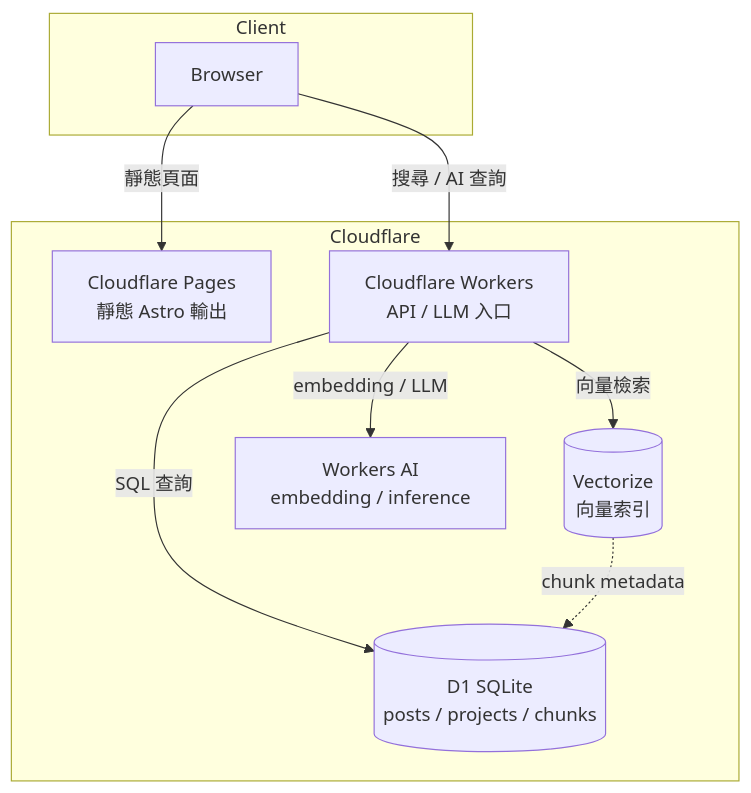
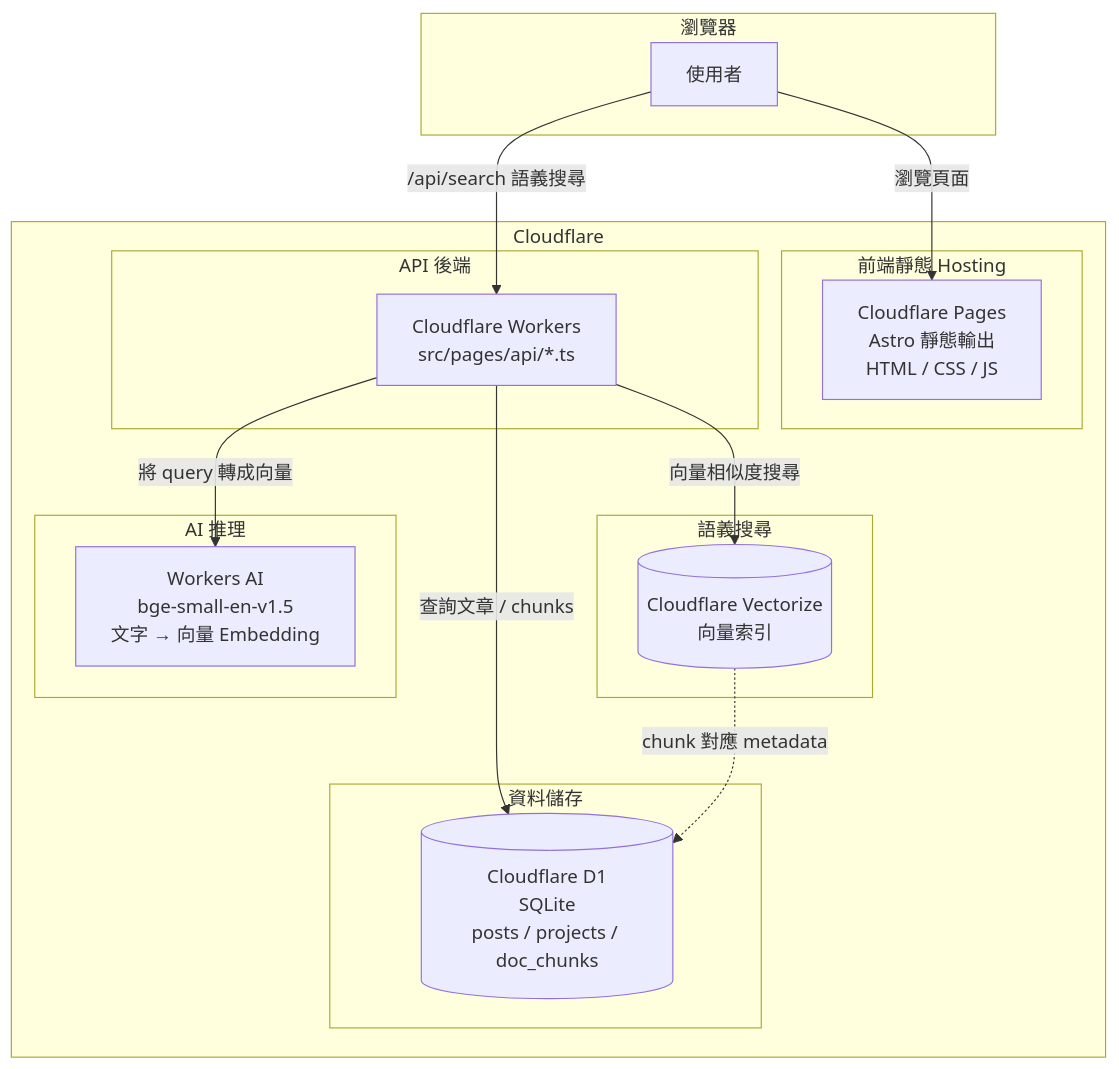
One commit to a920604a/engineernews changed the first of 3 diagrams in docs/architecture.md. Above: the diagram before and after it, drawn with Mermaid. The commit also changed other lines of this file and 2 other files, not shown here.

````diff
--- a/docs/architecture.md
+++ b/docs/architecture.md
@@ -15,21 +15,35 @@
 ```mermaid
 graph TD
-  subgraph Client
-    Browser
+  subgraph Client[瀏覽器]
+    Browser[使用者]
   end
 
-  subgraph Cloudflare
-    Pages[Cloudflare Pages<br/>靜態 Astro 輸出]
-    Workers[Cloudflare Workers<br/>API / LLM 入口]
-    D1[(D1 SQLite<br/>posts / projects / chunks)]
-    Vectorize[(Vectorize<br/>向量索引)]
-    WorkersAI[Workers AI<br/>embedding / inference]
+  subgraph CF[Cloudflare]
+    subgraph Frontend[前端靜態 Hosting]
+      Pages[Cloudflare Pages<br/>Astro 靜態輸出<br/>HTML / CSS / JS]
+    end
+
+    subgraph Backend[API 後端]
+      Workers[Cloudflare Workers<br/>src/pages/api/*.ts]
+    end
+
+    subgraph Storage[資料儲存]
+      D1[(Cloudflare D1<br/>SQLite<br/>posts / projects / doc_chunks)]
+    end
+
+    subgraph VectorSearch[語義搜尋]
+      Vectorize[(Cloudflare Vectorize<br/>向量索引)]
+    end
+
+    subgraph AI[AI 推理]
+      BGE[Workers AI<br/>bge-small-en-v1.5<br/>文字 → 向量 Embedding]
+    end
   end
 
-  Browser -->|靜態頁面| Pages
-  Browser -->|搜尋 / AI 查詢| Workers
-  Workers -->|SQL 查詢| D1
-  Workers -->|向量檢索| Vectorize
-  Workers -->|embedding / LLM| WorkersAI
-  Vectorize -.->|chunk metadata| D1
+  Browser -->|瀏覽頁面| Pages
+  Browser -->|/api/search 語義搜尋| Workers
+  Workers -->|查詢文章 / chunks| D1
+  Workers -->|向量相似度搜尋| Vectorize
+  Workers -->|將 query 轉成向量| BGE
+  Vectorize -.->|chunk 對應 metadata| D1
 ```
````
